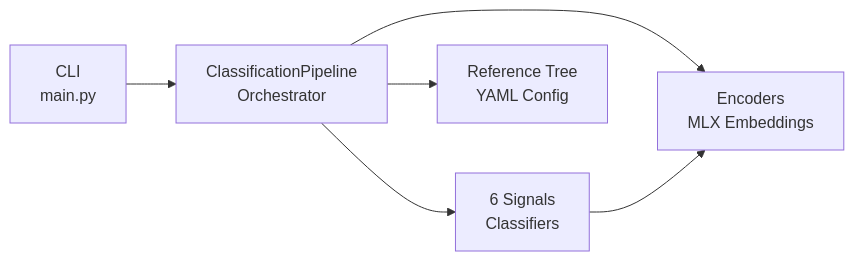
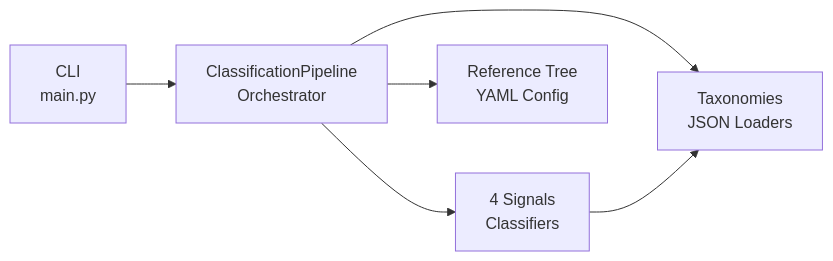
One commit to fjacquet/para-files changed the second of 2 diagrams in docs/architecture/overview.md. Above: the diagram before and after it, drawn with Mermaid. The commit also changed other lines of this file and 30 other files, not shown here.

````diff
--- a/docs/architecture/overview.md
+++ b/docs/architecture/overview.md
@@ -56,15 +59,15 @@
 ```mermaid
 graph LR
     A["CLI<br/>main.py"]
     B["ClassificationPipeline<br/>Orchestrator"]
-    
-    C["6 Signals<br/>Classifiers"]
-    D["Encoders<br/>MLX Embeddings"]
+
+    C["4 Signals<br/>Classifiers"]
+    D["Taxonomies<br/>JSON Loaders"]
     E["Reference Tree<br/>YAML Config"]
-    
+
     A --> B
     B --> C
     B --> D
     B --> E
     C --> D
 ```
````
